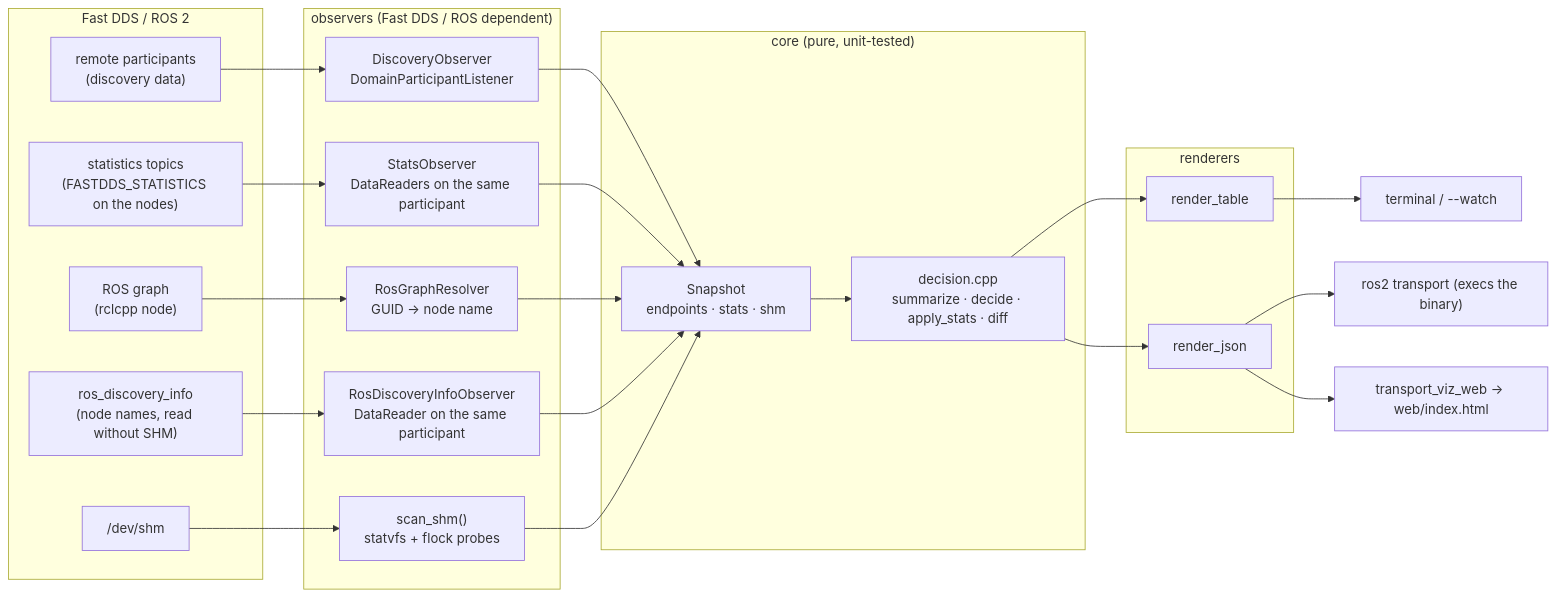
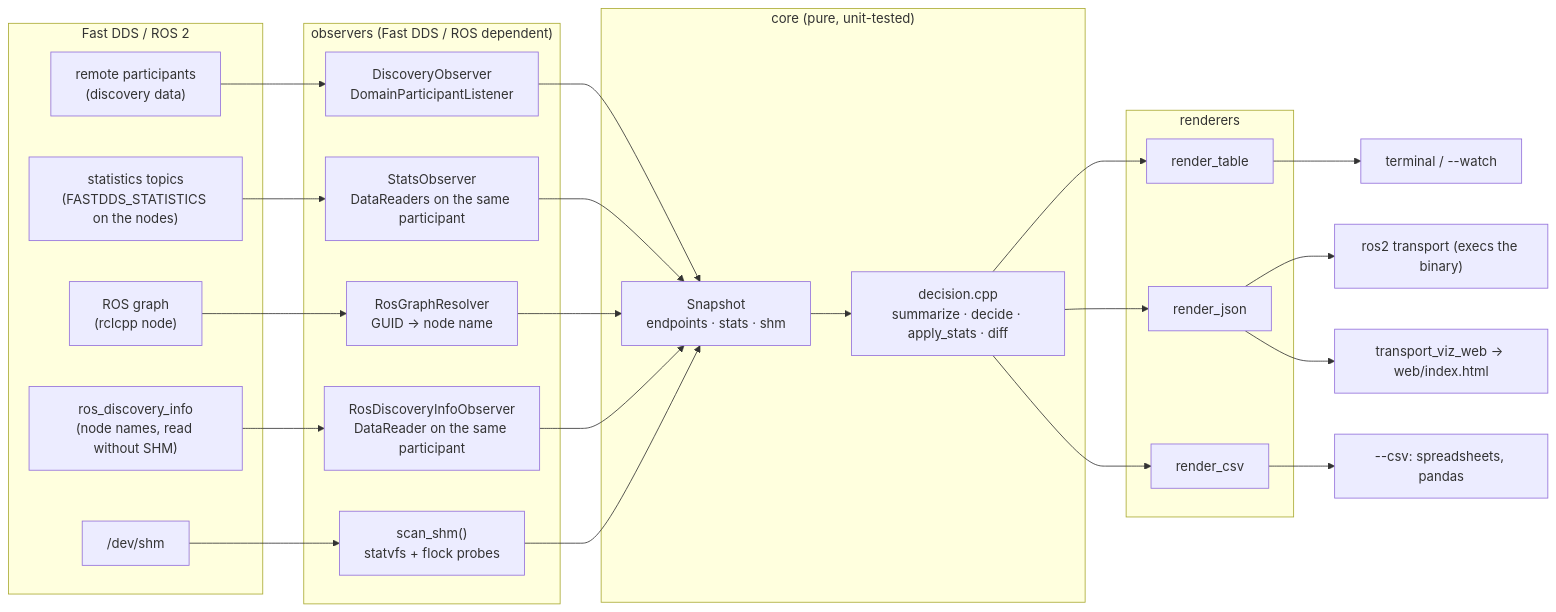
One commit to atinfinity/fastdds_transport_viz changed the first of 3 diagrams in docs/architecture.md. Above: the diagram before and after it, drawn with Mermaid. The commit also changed other lines of this file and 21 other files, not shown here.

````diff
--- a/docs/architecture.md
+++ b/docs/architecture.md
@@ -8,34 +8,36 @@
 ```mermaid
 flowchart LR
     subgraph inputs["Fast DDS / ROS 2"]
         DDS["remote participants<br/>(discovery data)"]
         STATS["statistics topics<br/>(FASTDDS_STATISTICS on the nodes)"]
         GRAPH["ROS graph<br/>(rclcpp node)"]
         DINFO["ros_discovery_info<br/>(node names, read without SHM)"]
         SHM["/dev/shm"]
     end
     subgraph observe["observers (Fast DDS / ROS dependent)"]
         DO["DiscoveryObserver<br/>DomainParticipantListener"]
         SO["StatsObserver<br/>DataReaders on the same participant"]
         RR["RosGraphResolver<br/>GUID → node name"]
         RD["RosDiscoveryInfoObserver<br/>DataReader on the same participant"]
         SI["scan_shm()<br/>statvfs + flock probes"]
     end
     subgraph core["core (pure, unit-tested)"]
         SNAP["Snapshot<br/>endpoints · stats · shm"]
         DEC["decision.cpp<br/>summarize · decide · apply_stats · diff"]
     end
     subgraph render["renderers"]
         RT["render_table"]
         RJ["render_json"]
+        RC["render_csv"]
     end
     DDS --> DO --> SNAP
     STATS --> SO --> SNAP
     GRAPH --> RR --> SNAP
     DINFO --> RD --> SNAP
     SHM --> SI --> SNAP
-    SNAP --> DEC --> RT & RJ
+    SNAP --> DEC --> RT & RJ & RC
     RT --> TTY["terminal / --watch"]
     RJ --> CLI["ros2 transport (execs the binary)"]
     RJ --> WEB["transport_viz_web → web/index.html"]
+    RC --> CSV["--csv: spreadsheets, pandas"]
 ```
````
